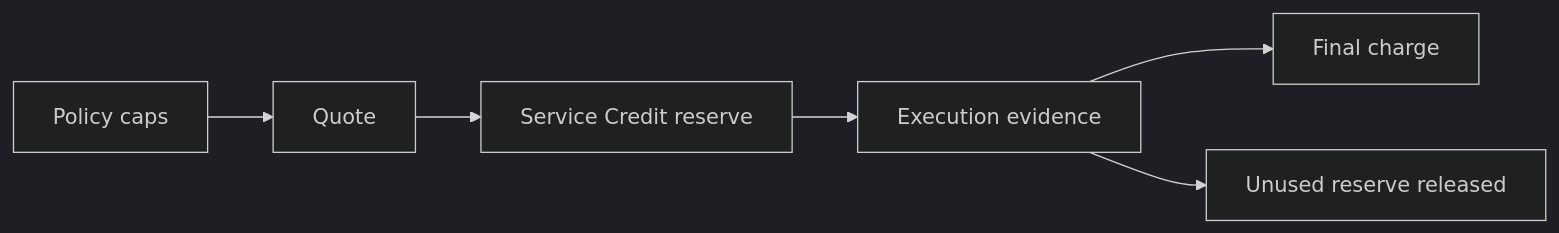
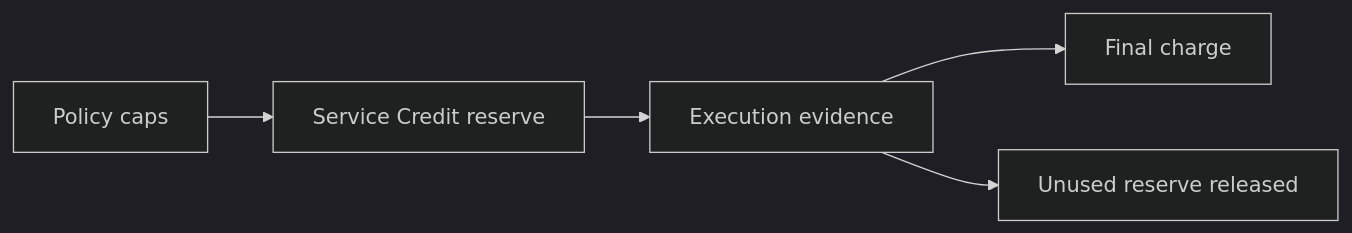
Before and after one commit to proof-computer/docs: the diagram in docs/liskov/organizations/charges.md, drawn with Mermaid (dark theme). The commit also changed other lines of this file and 14 other files, not shown here.

First line of the commit message:
Name the per-job cap and the reserve before launch, not a quote

````diff
--- a/docs/liskov/organizations/charges.md
+++ b/docs/liskov/organizations/charges.md
@@ -43,8 +45,7 @@
 ```mermaid
 flowchart LR
-  C[Policy caps] --> Q[Quote]
-  Q --> R[Service Credit reserve]
+  C[Policy caps] --> R[Service Credit reserve]
   R --> E[Execution evidence]
   E --> F[Final charge]
   E --> U[Unused reserve released]
 ```
````
